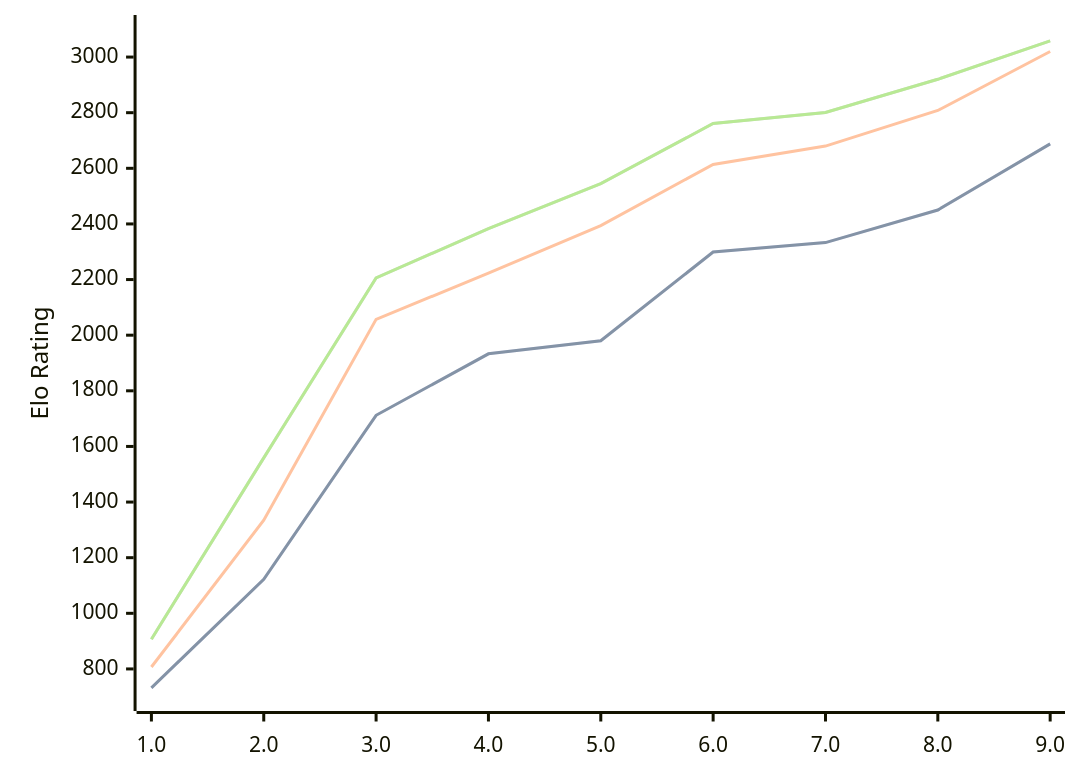
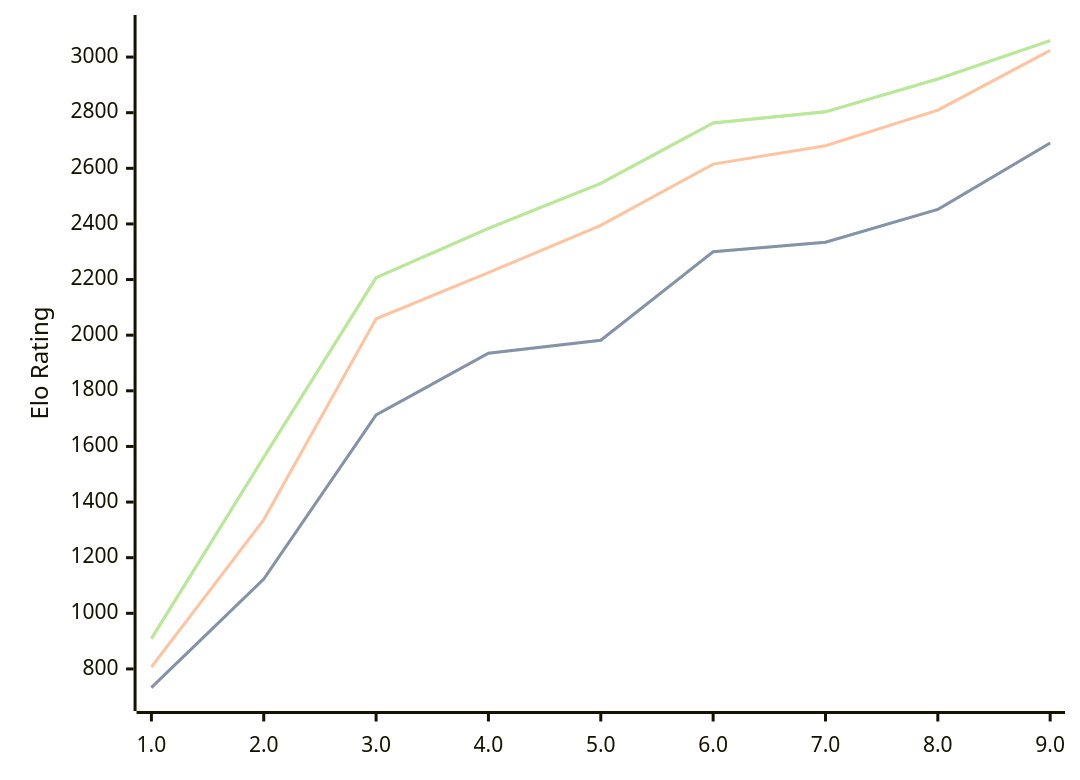
Before and after one commit to computer-chess-index/cci: the diagram in engines/Pea.md, drawn with Mermaid. The commit also changed other lines of this file, not shown here.

Commit message:
Update CCI Ratings (ELO VLTC) - 2026-08-09

````diff
--- a/engines/Pea.md
+++ b/engines/Pea.md
@@ -39,11 +39,11 @@
 ```mermaid
 %%{init: {"theme":"base","themeVariables":{"seriesColors:['#a3a3a3','#222221','#faa371']}}}%%
 xychart-beta
   x-axis ["1.0", "2.0", "3.0", "4.0", "5.0", "6.0", "7.0", "8.0", "9.0"]
   y-axis "Elo Rating" 700 --> 3100
-  line "STC (8.0+0.08s)" [732, 1122, 1712, 1933, 1980, 2299, 2333, 2450, 2688]
-  line "STC (8.0+0.08s)" [732, 1122, 1712, 1933, 1980, 2299, 2333, 2450, 2688]
-  line "LTC (60.0+0.60s)" [807, 1335, 2057, 2223, 2394, 2614, 2680, 2808, 3020]
-  line "VLTC (2m24s+1.12s)" [907, 1559, 2206, 2383, 2545, 2761, 2801, 2920, 3058]
-  line "VLTC (2m24s+1.12s)" [907, 1559, 2206, 2383, 2545, 2761, 2801, 2920, 3058]
+  line "STC (8.0+0.08s)" [733, 1123, 1713, 1935, 1982, 2300, 2334, 2452, 2691]
+  line "STC (8.0+0.08s)" [733, 1123, 1713, 1935, 1982, 2300, 2334, 2452, 2691]
+  line "LTC (60.0+0.60s)" [807, 1337, 2059, 2225, 2395, 2615, 2681, 2809, 3024]
+  line "VLTC (2m24s+1.12s)" [909, 1561, 2207, 2384, 2546, 2763, 2803, 2921, 3059]
+  line "VLTC (2m24s+1.12s)" [909, 1561, 2207, 2384, 2546, 2763, 2803, 2921, 3059]
 ```
````
